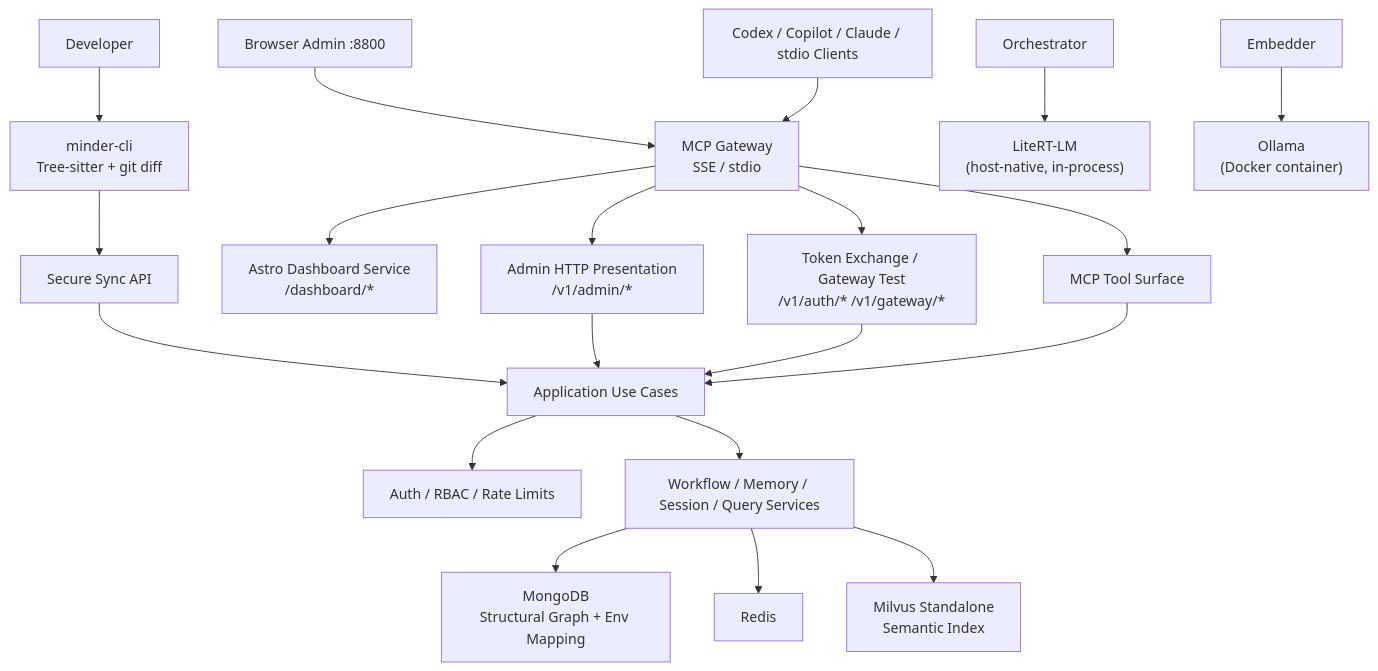
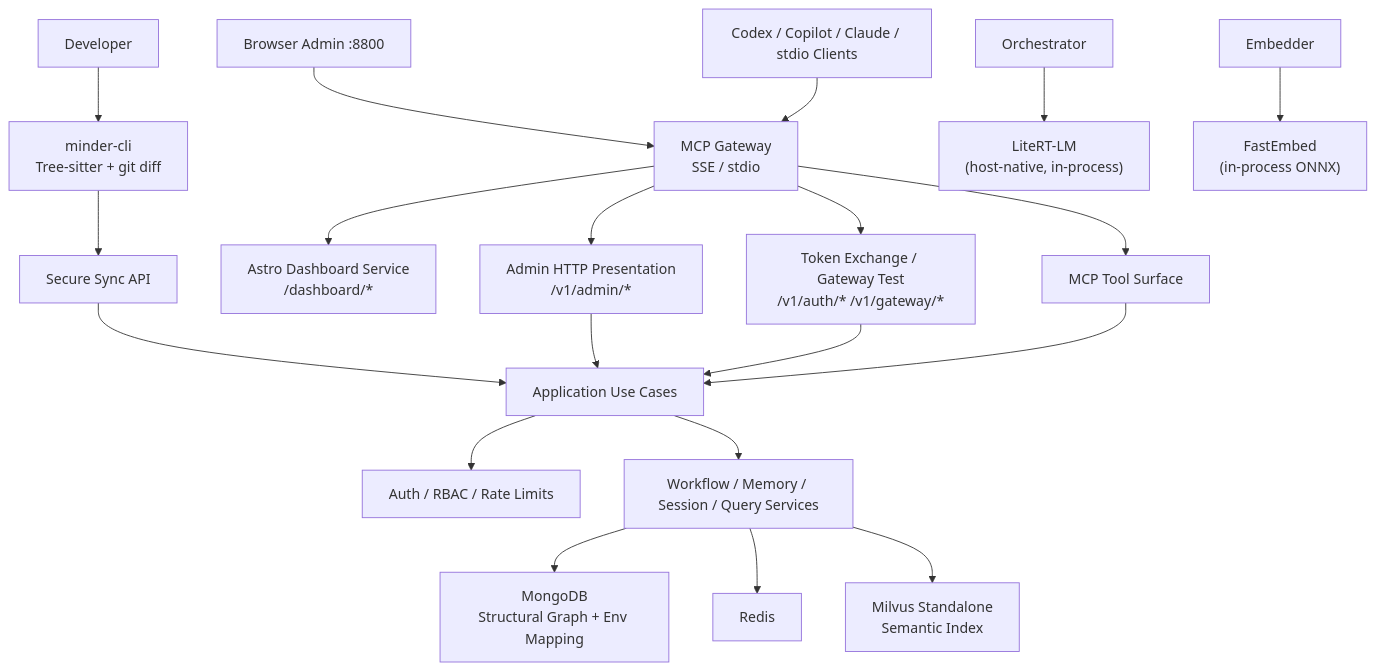
Before and after one commit to hiimtrung/minder: the first of 9 diagrams in docs/system-design.md, drawn with Mermaid. The commit also changed other lines of this file and 15 other files, not shown here.

Commit message:
refactor: migrate embedding provider from Ollama to FastEmbed and implement LiteRT-LM inference engine caching

````diff
--- a/docs/system-design.md
+++ b/docs/system-design.md
@@ -32,26 +32,26 @@
 ```mermaid
 flowchart TB
   Dev["Developer"] --> CLI["minder-cli<br/>Tree-sitter + git diff"]
   CLI --> Sync["Secure Sync API"]
 
   Browser["Browser Admin :8800"] --> Gateway["Gateway Proxy"]
   MCP["Codex / Copilot / Claude / stdio Clients"] --> Gateway["MCP Gateway<br/>SSE / stdio"]
 
   Gateway --> Dashboard["Astro Dashboard Service<br/>/dashboard/*"]
   Gateway --> AdminHTTP["Admin HTTP Presentation<br/>/v1/admin/*"]
   Gateway --> TokenHTTP["Token Exchange / Gateway Test<br/>/v1/auth/* /v1/gateway/*"]
   Gateway --> ToolSurface["MCP Tool Surface"]
   Sync --> UseCases["Application Use Cases"]
   AdminHTTP --> UseCases
   TokenHTTP --> UseCases
   ToolSurface --> UseCases
 
   UseCases --> Auth["Auth / RBAC / Rate Limits"]
   UseCases --> Workflow["Workflow / Memory / Session / Query Services"]
 
   Workflow --> Mongo["MongoDB\nStructural Graph + Env Mapping"]
   Workflow --> Redis["Redis"]
   Workflow --> Milvus["Milvus Standalone\nSemantic Index"]
   Orchestrator --> LiteRT["LiteRT-LM\n(host-native, in-process)"]
-  Embedder --> OllamaDocker["Ollama\n(Docker container)"]
+  Embedder --> FastEmbed["FastEmbed\n(in-process ONNX)"]
 ```
````
